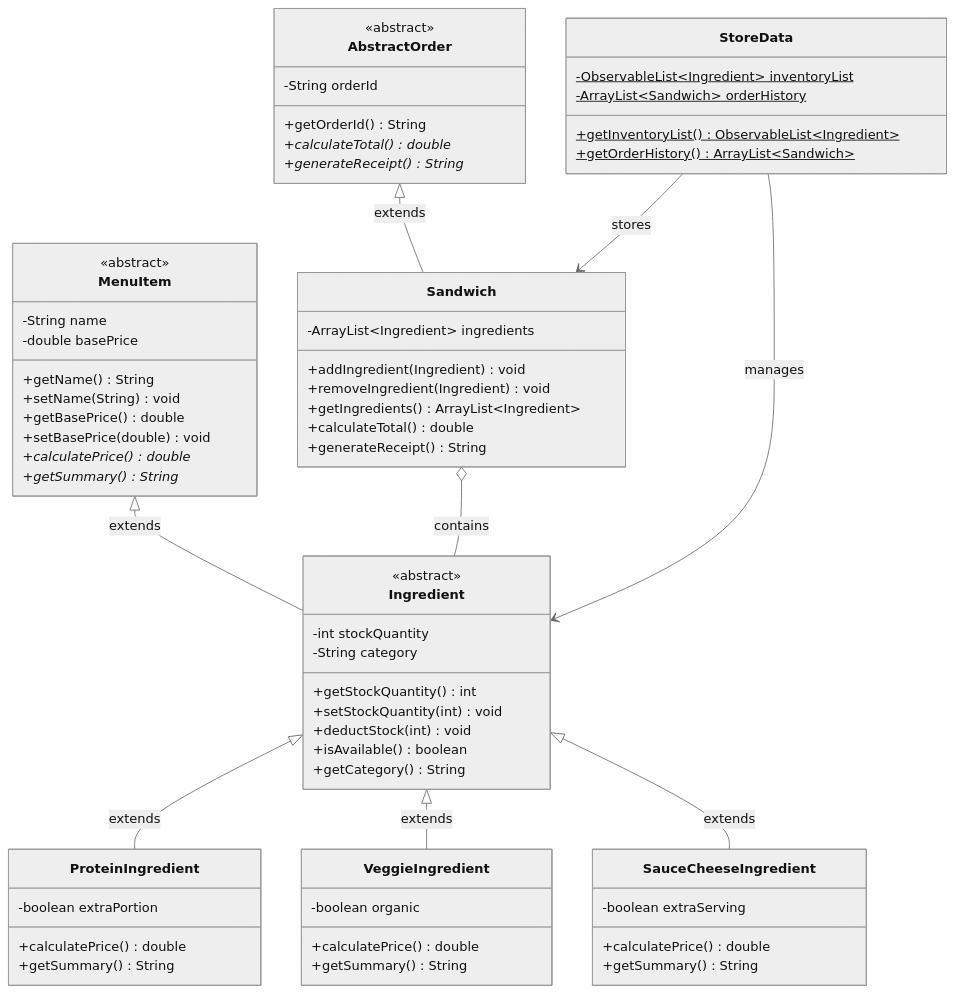
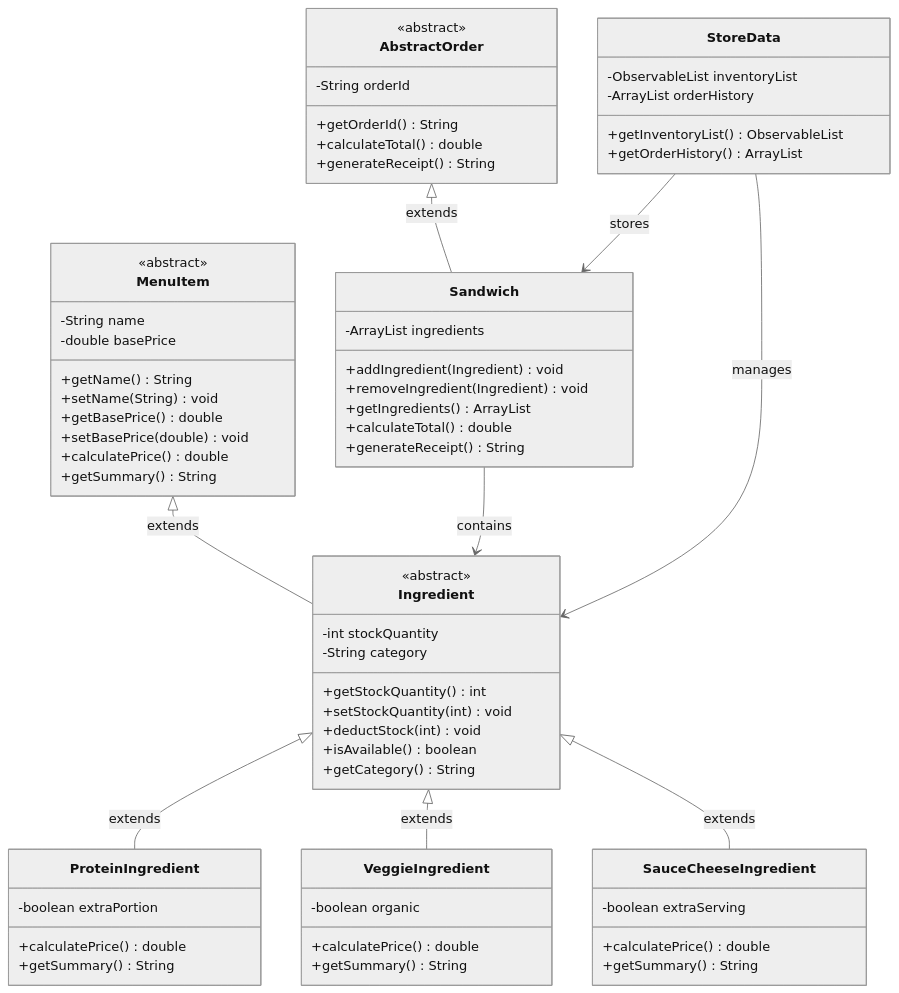
One commit to StevenMarilla/SandwichJavaEditionFX changed the diagram in README.md. Above: the diagram before and after it, drawn with Mermaid (neutral theme).

Commit message:
Fix formatting and method signatures in README

````diff
--- a/README.md
+++ b/README.md
@@ -9,76 +9,76 @@
 ```mermaid
 classDiagram
     class MenuItem {
         <<abstract>>
         -String name
         -double basePrice
         +getName() String
         +setName(String) void
         +getBasePrice() double
         +setBasePrice(double) void
-        +calculatePrice()* double
-        +getSummary()* String
+        +calculatePrice() double
+        +getSummary() String
     }
 
     class Ingredient {
         <<abstract>>
         -int stockQuantity
         -String category
         +getStockQuantity() int
         +setStockQuantity(int) void
         +deductStock(int) void
         +isAvailable() boolean
         +getCategory() String
     }
 
     class ProteinIngredient {
         -boolean extraPortion
         +calculatePrice() double
         +getSummary() String
     }
 
     class VeggieIngredient {
         -boolean organic
         +calculatePrice() double
         +getSummary() String
     }
 
     class SauceCheeseIngredient {
         -boolean extraServing
         +calculatePrice() double
         +getSummary() String
     }
 
     class AbstractOrder {
         <<abstract>>
         -String orderId
         +getOrderId() String
-        +calculateTotal()* double
-        +generateReceipt()* String
+        +calculateTotal() double
+        +generateReceipt() String
     }
 
     class Sandwich {
-        -ArrayList~Ingredient~ ingredients
+        -ArrayList ingredients
         +addIngredient(Ingredient) void
         +removeIngredient(Ingredient) void
-        +getIngredients() ArrayList~Ingredient~
+        +getIngredients() ArrayList
         +calculateTotal() double
         +generateReceipt() String
     }
 
     class StoreData {
-        -ObservableList~Ingredient~ inventoryList$
-        -ArrayList~Sandwich~ orderHistory$
-        +getInventoryList()$ ObservableList~Ingredient~
-        +getOrderHistory()$ ArrayList~Sandwich~
+        -ObservableList inventoryList
+        -ArrayList orderHistory
+        +getInventoryList() ObservableList
+        +getOrderHistory() ArrayList
     }
 
     MenuItem <|-- Ingredient : extends
     Ingredient <|-- ProteinIngredient : extends
     Ingredient <|-- VeggieIngredient : extends
     Ingredient <|-- SauceCheeseIngredient : extends
     AbstractOrder <|-- Sandwich : extends
-    Sandwich o-- Ingredient : contains
+    Sandwich --> Ingredient : contains
     StoreData --> Ingredient : manages
     StoreData --> Sandwich : stores
 ```
````
